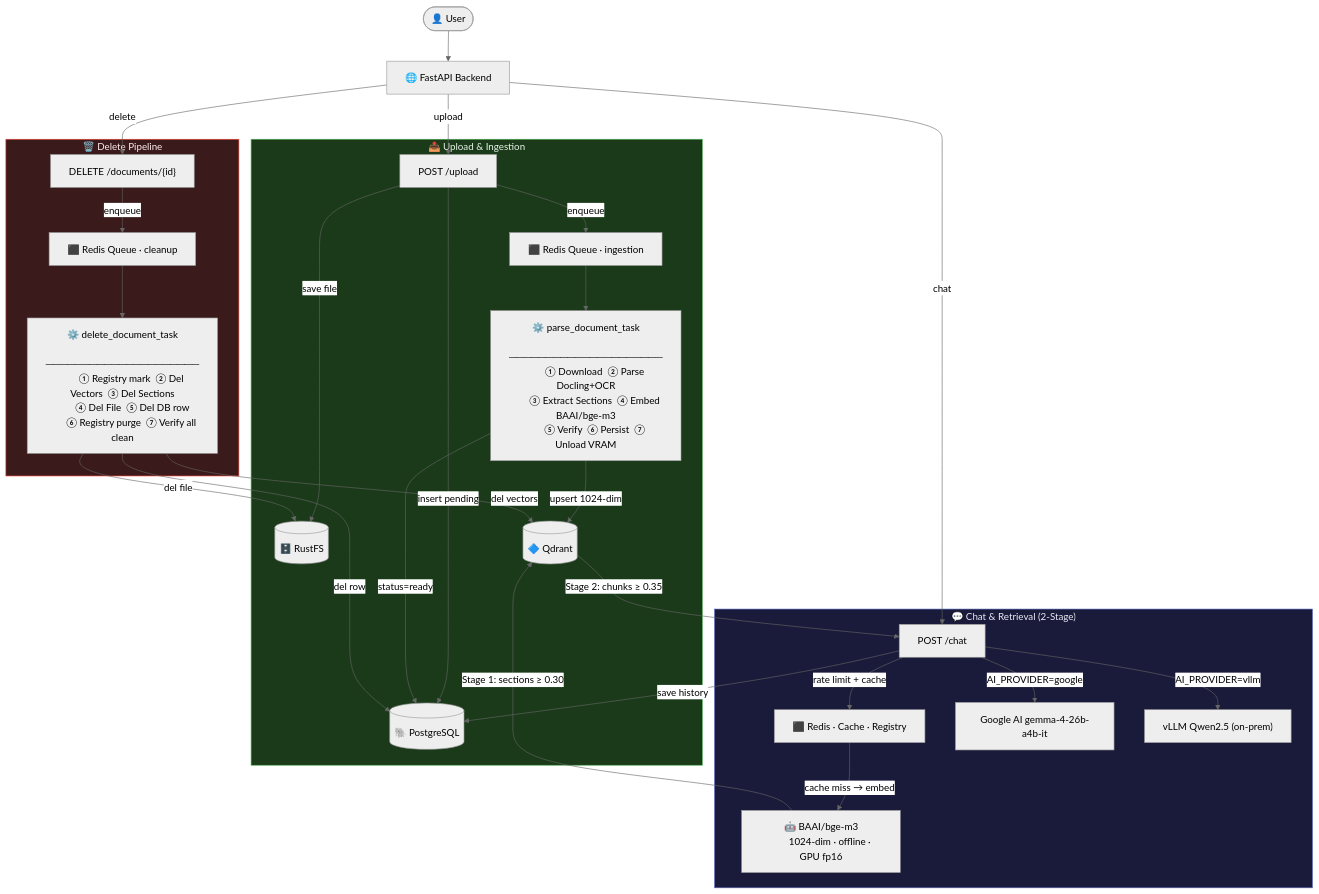
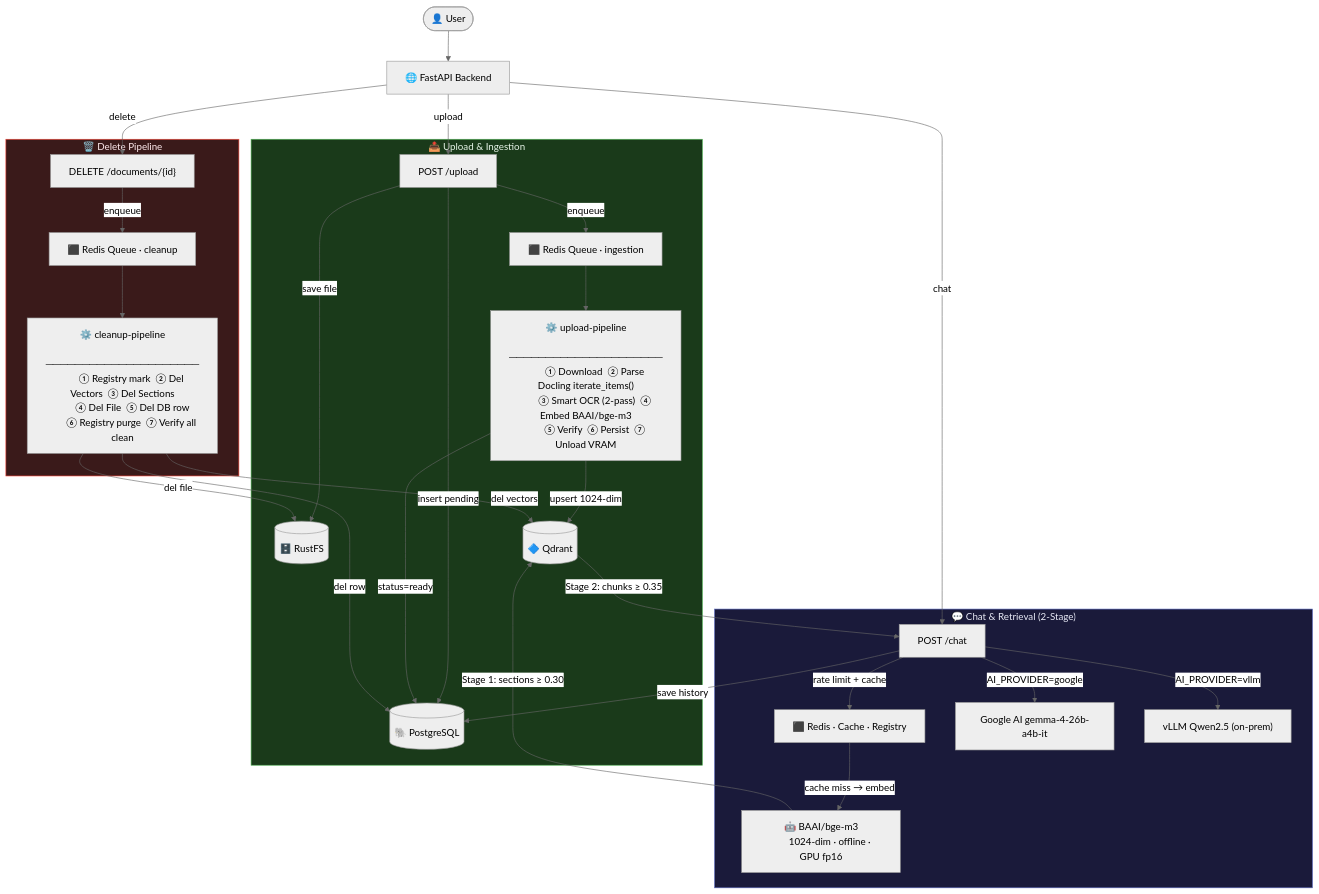
Before and after one commit to qtuanph/chatbot-rag: the diagram in README.md, drawn with Mermaid (neutral theme). The commit also changed other lines of this file and 18 other files, not shown here.

First line of the commit message:
Refactor worker architecture and enhance ingestion pipeline

````diff
--- a/README.md
+++ b/README.md
@@ -43,48 +43,48 @@
 ```mermaid
 flowchart TD
     U(["👤 User"]) --> API["🌐 FastAPI Backend"]
 
     API --> |upload| UP["POST /upload"]
     API --> |chat| CH["POST /chat"]
     API --> |delete| DE["DELETE /documents/{id}"]
 
     subgraph Ingestion ["📤 Upload & Ingestion"]
         UP --> |save file| FS[("🗄️ RustFS")]
         UP --> |insert pending| PG[("🐘 PostgreSQL")]
         UP --> |enqueue| QI["⬛ Redis Queue · ingestion"]
-        QI --> W1["⚙️ parse_document_task
+        QI --> W1["⚙️ upload-pipeline
         ─────────────────────
-        ① Download  ② Parse Docling+OCR
-        ③ Extract Sections  ④ Embed BAAI/bge-m3
+        ① Download  ② Parse Docling iterate_items()
+        ③ Smart OCR (2-pass)  ④ Embed BAAI/bge-m3
         ⑤ Verify  ⑥ Persist  ⑦ Unload VRAM"]
         W1 --> |upsert 1024-dim| QD[("🔷 Qdrant")]
         W1 --> |status=ready| PG
     end
 
     subgraph ChatFlow ["💬 Chat & Retrieval (2-Stage)"]
         CH --> |rate limit + cache| RE["⬛ Redis · Cache · Registry"]
         RE --> |cache miss → embed| BGE["🤖 BAAI/bge-m3
         1024-dim · offline · GPU fp16"]
         BGE --> |Stage 1: sections ≥ 0.30| QD
         QD --> |Stage 2: chunks ≥ 0.35| CH
         CH --> |AI_PROVIDER=google| LLM1["Google AI gemma-4-26b-a4b-it"]
         CH --> |AI_PROVIDER=vllm| LLM2["vLLM Qwen2.5 (on-prem)"]
         CH --> |save history| PG
     end
 
     subgraph Deletion ["🗑️ Delete Pipeline"]
         DE --> |enqueue| QD2["⬛ Redis Queue · cleanup"]
-        QD2 --> W2["⚙️ delete_document_task
+        QD2 --> W2["⚙️ cleanup-pipeline
         ─────────────────────
         ① Registry mark  ② Del Vectors  ③ Del Sections
         ④ Del File  ⑤ Del DB row
         ⑥ Registry purge  ⑦ Verify all clean"]
         W2 --> |del vectors| QD
         W2 --> |del file| FS
         W2 --> |del row| PG
     end
 
     style Ingestion fill:#1a3a1a,stroke:#4caf50,color:#e8f5e9
     style ChatFlow fill:#1a1a3a,stroke:#5c6bc0,color:#e8eaf6
     style Deletion fill:#3a1a1a,stroke:#f44336,color:#ffebee
 ```
````
